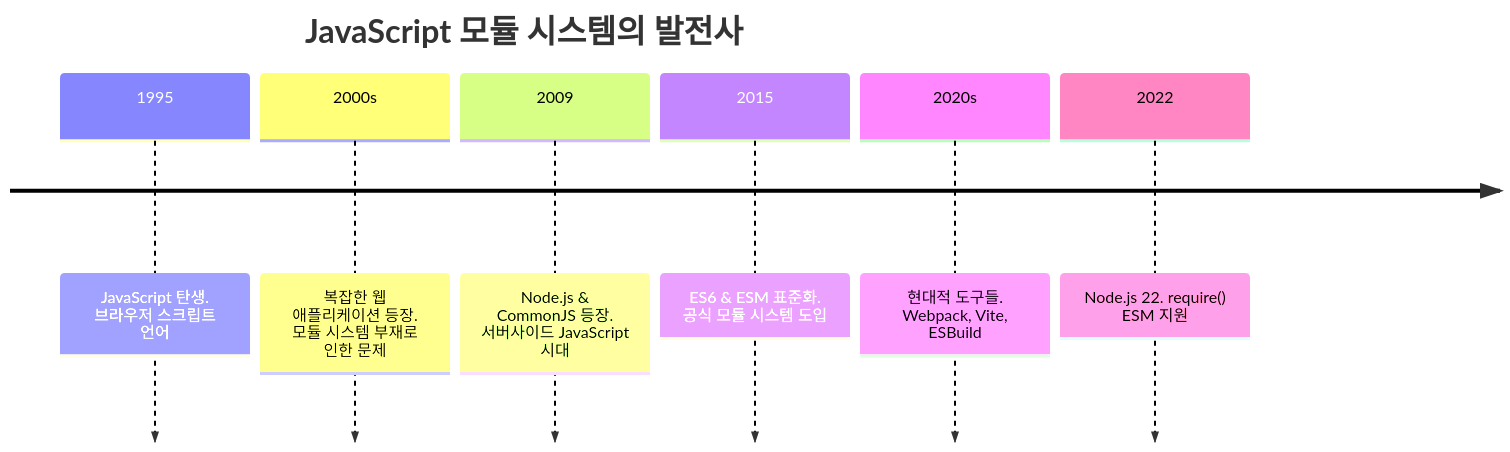
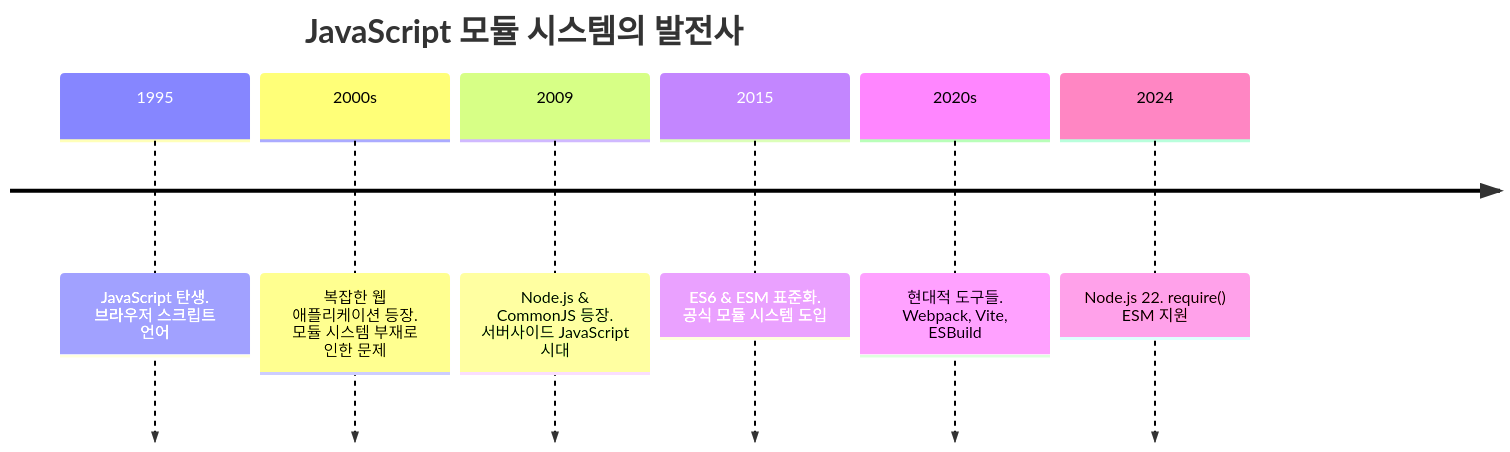
Before and after one commit to netscout/typescript-studies: the first of 7 diagrams in src/commonjs-esm/README.md, drawn with Mermaid.

Commit message:
수정

````diff
--- a/src/commonjs-esm/README.md
+++ b/src/commonjs-esm/README.md
@@ -30,11 +30,11 @@
 ```mermaid
 timeline
     title JavaScript 모듈 시스템의 발전사
 
     1995 : JavaScript 탄생. 브라우저 스크립트 언어
     2000s : 복잡한 웹 애플리케이션 등장. 모듈 시스템 부재로 인한 문제
     2009 : Node.js & CommonJS 등장. 서버사이드 JavaScript 시대
     2015 : ES6 & ESM 표준화. 공식 모듈 시스템 도입
     2020s : 현대적 도구들. Webpack, Vite, ESBuild
-    2022 : Node.js 22. require() ESM 지원
+    2024 : Node.js 22. require() ESM 지원
 ```
````
